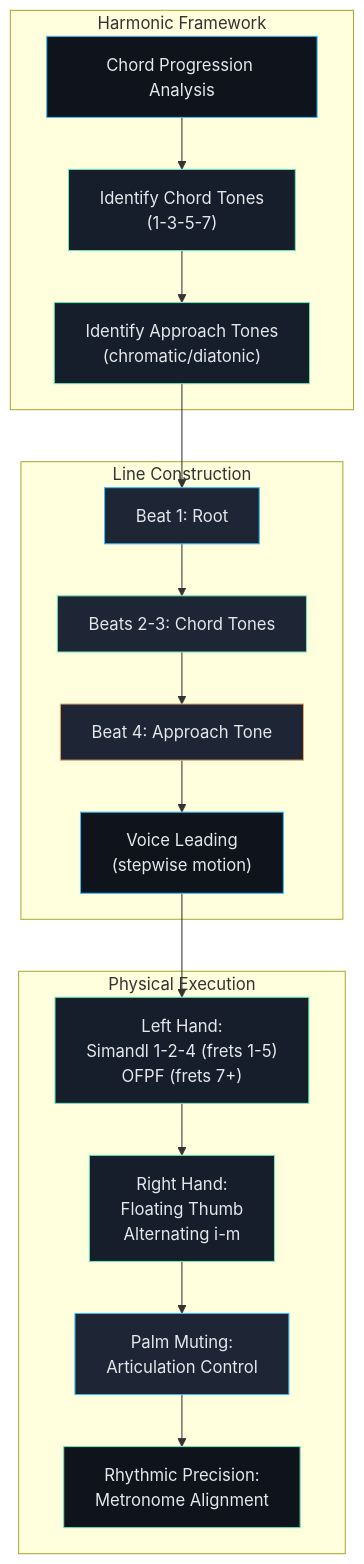
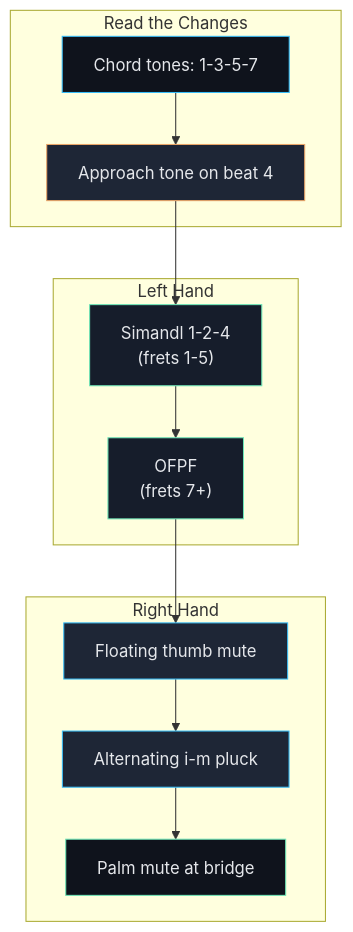
Before and after one commit to blebleblee/synapse: the third of 6 diagrams in topics/arts/music_performance/strings/labs.md, drawn with Mermaid. The commit also changed other lines of this file and 4 other files, not shown here.

````diff
--- a/topics/arts/music_performance/strings/labs.md
+++ b/topics/arts/music_performance/strings/labs.md
@@ -571,43 +454,28 @@
 ```mermaid
 graph TD
-    subgraph sub_harmonic ["Harmonic Framework"]
-        A["Chord Progression Analysis"]
-        B["Identify Chord Tones<br/>(1-3-5-7)"]
-        C["Identify Approach Tones<br/>(chromatic/diatonic)"]
+    subgraph sub_harmony ["Read the Changes"]
+        A["Chord tones: 1-3-5-7"]
+        B["Approach tone on beat 4"]
     end
-    subgraph sub_construction ["Line Construction"]
-        D["Beat 1: Root"]
-        E["Beats 2-3: Chord Tones"]
-        F["Beat 4: Approach Tone"]
-        G["Voice Leading<br/>(stepwise motion)"]
+    subgraph sub_lefthand ["Left Hand"]
+        C["Simandl 1-2-4<br/>(frets 1-5)"]
+        D["OFPF<br/>(frets 7+)"]
     end
-    subgraph sub_execution ["Physical Execution"]
-        H["Left Hand:<br/>Simandl 1-2-4 (frets 1-5)<br/>OFPF (frets 7+)"]
-        I["Right Hand:<br/>Floating Thumb<br/>Alternating i-m"]
-        J["Palm Muting:<br/>Articulation Control"]
-        K["Rhythmic Precision:<br/>Metronome Alignment"]
+    subgraph sub_righthand ["Right Hand"]
+        E["Floating thumb mute"]
+        F["Alternating i-m pluck"]
+        G["Palm mute at bridge"]
     end
-    
-    A --> B
-    B --> C
-    C --> D
-    D --> E
-    E --> F
-    F --> G
-    G --> H
-    H --> I
-    I --> J
-    J --> K
-    
+
+    A --> B --> C
+    C --> D --> E
+    E --> F --> G
+
     style A fill:#0F131C,stroke:#38BDF8,color:#E5E7EB
-    style B fill:#161D2B,stroke:#6EE7B7,color:#E5E7EB
+    style B fill:#1E2636,stroke:#E9A568,color:#E5E7EB
     style C fill:#161D2B,stroke:#6EE7B7,color:#E5E7EB
-    style D fill:#1E2636,stroke:#38BDF8,color:#E5E7EB
-    style E fill:#1E2636,stroke:#6EE7B7,color:#E5E7EB
-    style F fill:#1E2636,stroke:#E9A568,color:#E5E7EB
-    style G fill:#0F131C,stroke:#38BDF8,color:#E5E7EB
-    style H fill:#161D2B,stroke:#6EE7B7,color:#E5E7EB
-    style I fill:#161D2B,stroke:#6EE7B7,color:#E5E7EB
-    style J fill:#1E2636,stroke:#38BDF8,color:#E5E7EB
-    style K fill:#0F131C,stroke:#6EE7B7,color:#E5E7EB
+    style D fill:#161D2B,stroke:#6EE7B7,color:#E5E7EB
+    style E fill:#1E2636,stroke:#38BDF8,color:#E5E7EB
+    style F fill:#1E2636,stroke:#38BDF8,color:#E5E7EB
+    style G fill:#0F131C,stroke:#6EE7B7,color:#E5E7EB
 ```
````
